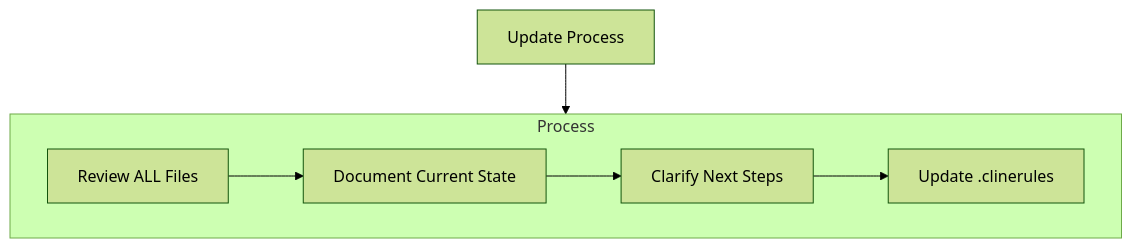
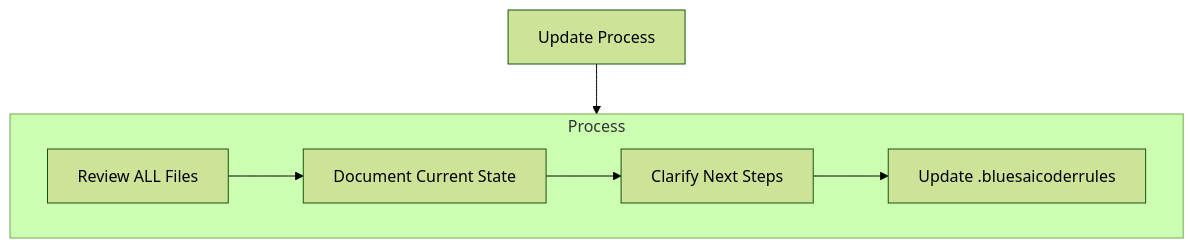
Before and after one commit to blue-blues/blue_coder: the fourth of 5 diagrams in old_docs/prompting/custom instructions library/raw-instructions/cline-memory-bank.md, drawn with Mermaid (forest theme). The commit also changed other lines of this file and 199 other files, not shown here.

````diff
--- a/old_docs/prompting/custom instructions library/raw-instructions/cline-memory-bank.md
+++ b/old_docs/prompting/custom instructions library/raw-instructions/cline-memory-bank.md
@@ -101,15 +101,15 @@
 ```mermaid
 flowchart TD
     Start[Update Process]
     
     subgraph Process
         P1[Review ALL Files]
         P2[Document Current State]
         P3[Clarify Next Steps]
-        P4[Update .clinerules]
+        P4[Update .bluesaicoderrules]
         
         P1 --> P2 --> P3 --> P4
     end
     
     Start --> Process
 ```
````
